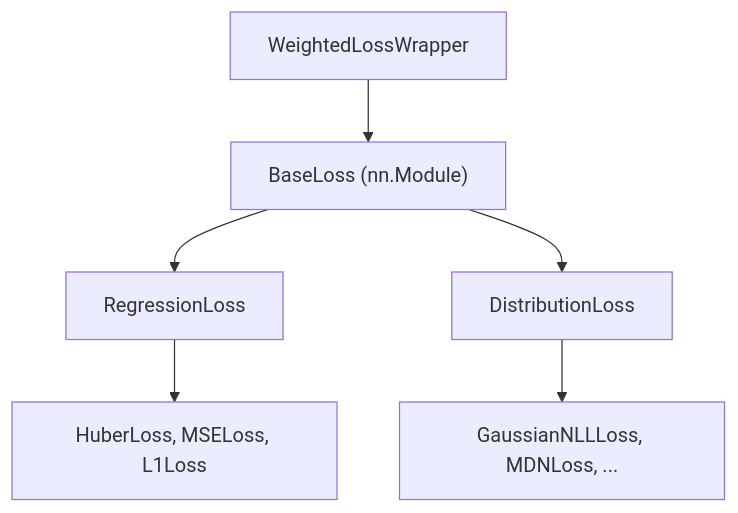
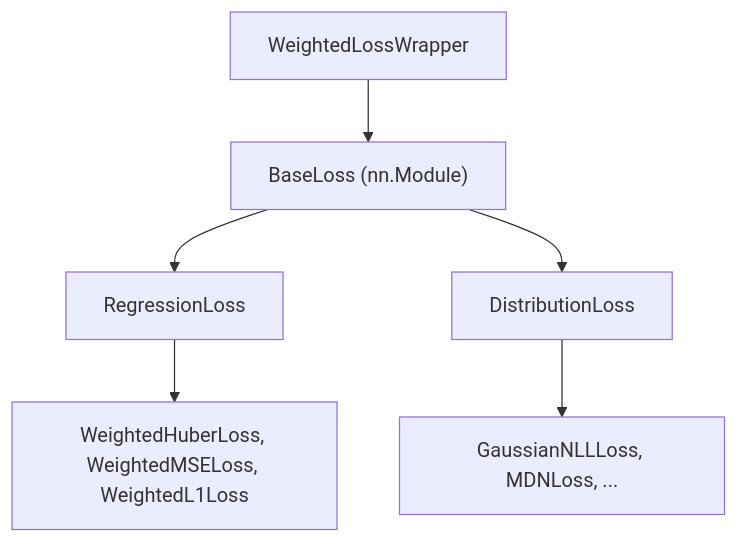
One commit to astroai/torchregress changed the diagram in docs/losses/base.md. Above: the diagram before and after it, drawn with Mermaid. The commit also changed other lines of this file and 63 other files, not shown here.

Commit message:
refactor: clean up legacy compatibility wrappers, add external comparison examples, and exclude research roadmaps from guardrail checks

````diff
--- a/docs/losses/base.md
+++ b/docs/losses/base.md
@@ -9,8 +9,8 @@
 ```mermaid
 graph TD
     A["BaseLoss (nn.Module)"] --> B["RegressionLoss"]
     A --> C["DistributionLoss"]
     D["WeightedLossWrapper"] --> A
-    B --> E["HuberLoss, MSELoss, L1Loss"]
+    B --> E["WeightedHuberLoss, WeightedMSELoss, WeightedL1Loss"]
     C --> F["GaussianNLLLoss, MDNLoss, ..."]
 ```
````
